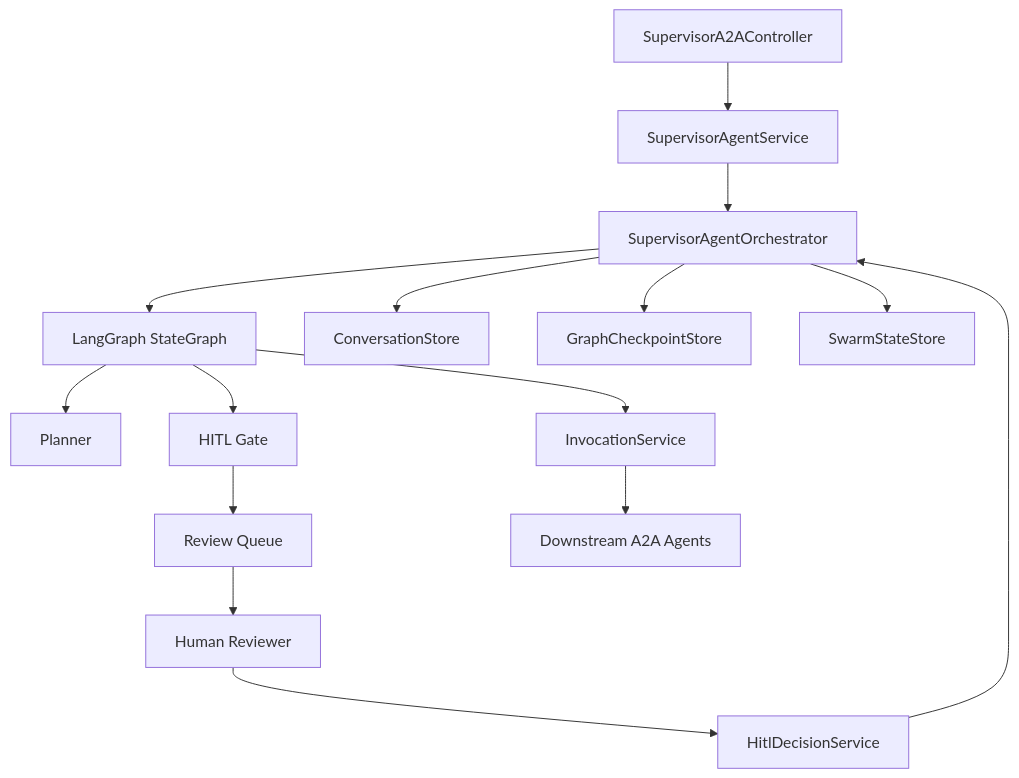
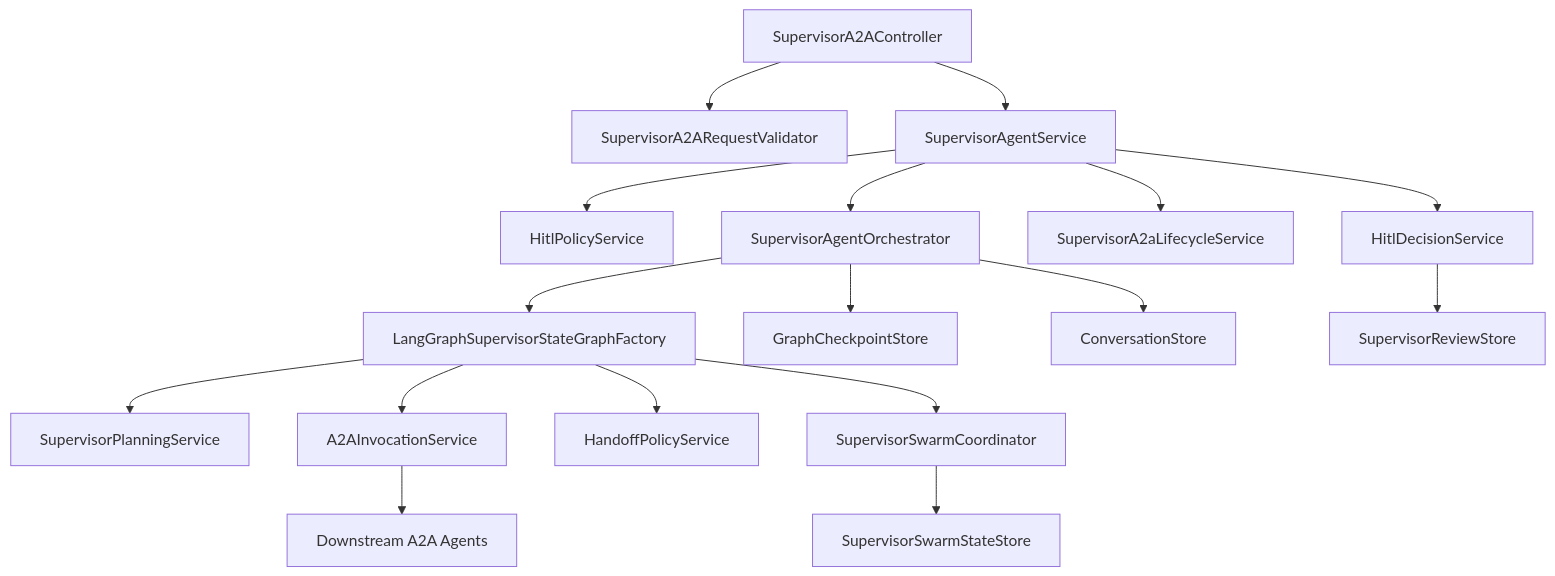
Before and after one commit to kim57uak/spring-ai: the diagram in documents/a2a-host_agent-architecture/31-supervisor-hitl-graph-swarm-mvp-architecture.md, drawn with Mermaid. The commit also changed other lines of this file and 15 other files, not shown here.

````diff
--- a/documents/a2a-host_agent-architecture/31-supervisor-hitl-graph-swarm-mvp-architecture.md
+++ b/documents/a2a-host_agent-architecture/31-supervisor-hitl-graph-swarm-mvp-architecture.md
@@ -15,17 +23,19 @@
 ```mermaid
 flowchart TD
-    C[SupervisorA2AController] --> S[SupervisorAgentService]
+    C[SupervisorA2AController] --> V[SupervisorA2ARequestValidator]
+    C --> S[SupervisorAgentService]
+    S --> HP[HitlPolicyService]
+    S --> HD[HitlDecisionService]
+    S --> L[SupervisorA2aLifecycleService]
     S --> O[SupervisorAgentOrchestrator]
-    O --> G[LangGraph StateGraph]
-    G --> P[Planner]
-    G --> I[InvocationService]
-    G --> H[HITL Gate]
-    H --> RQ[Review Queue]
-    RQ --> HR[Human Reviewer]
-    HR --> HD[HitlDecisionService]
-    HD --> O
+    O --> G[LangGraphSupervisorStateGraphFactory]
+    G --> P[SupervisorPlanningService]
+    G --> I[A2AInvocationService]
+    G --> HO[HandoffPolicyService]
+    G --> SW[SupervisorSwarmCoordinator]
+    O --> CP[GraphCheckpointStore]
     O --> CS[ConversationStore]
-    O --> CK[GraphCheckpointStore]
-    O --> SS[SwarmStateStore]
+    HD --> RS[SupervisorReviewStore]
+    SW --> SS[SupervisorSwarmStateStore]
     I --> DA[Downstream A2A Agents]
 ```
````
